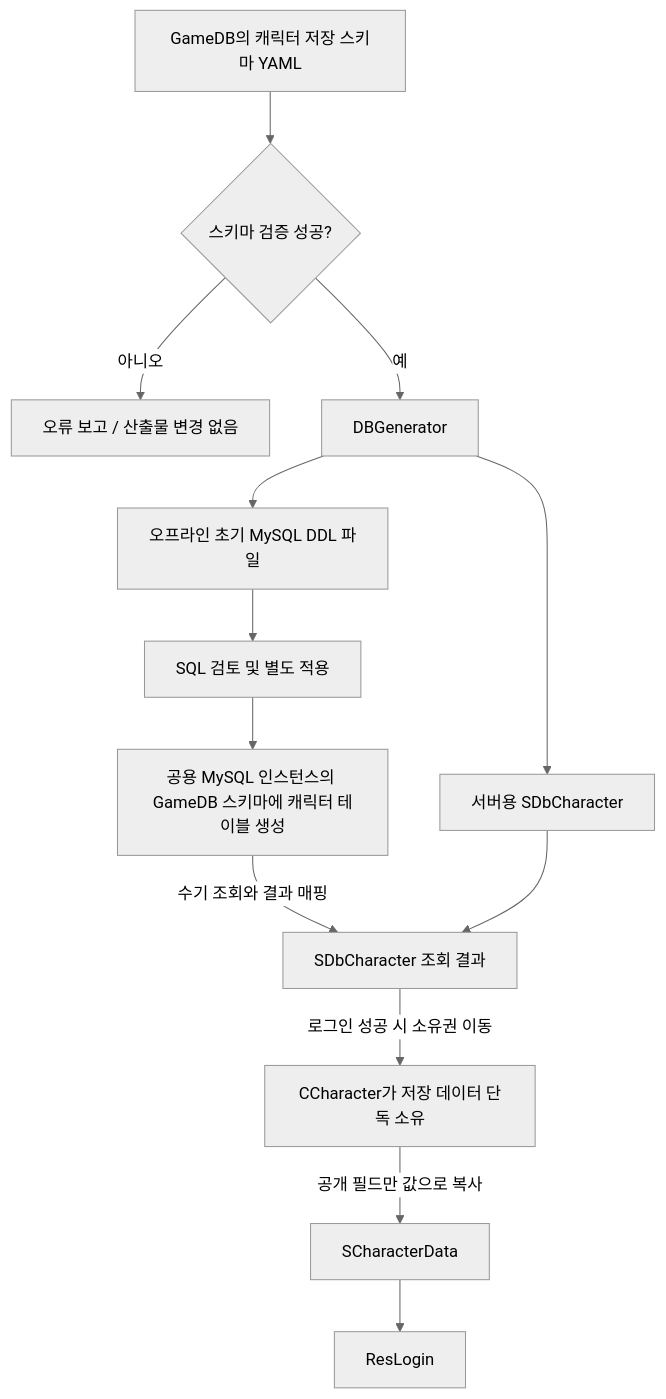
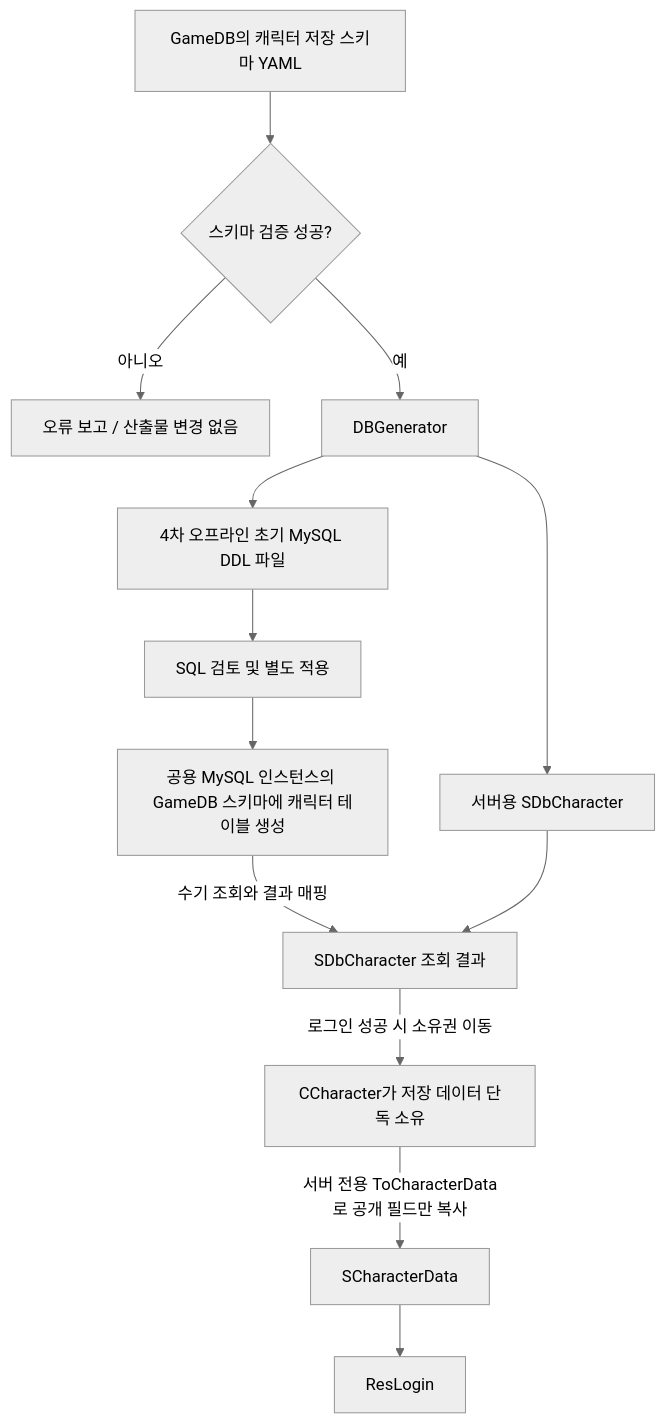
The first of 3 diagrams in 13_MMO_Project/Docs/Plan/Server/015_캐릭터_저장_구조와_DBGenerator_계획.md (MyungHyun-Ahn/Portfolio), drawn with Mermaid (neutral theme) before and after one commit. The commit also changed other lines of this file and 2 other files, not shown here.

````diff
--- a/13_MMO_Project/Docs/Plan/Server/015_캐릭터_저장_구조와_DBGenerator_계획.md
+++ b/13_MMO_Project/Docs/Plan/Server/015_캐릭터_저장_구조와_DBGenerator_계획.md
@@ -49,15 +59,15 @@
 ```mermaid
 flowchart TD
     Y[GameDB의 캐릭터 저장 스키마 YAML] --> V{스키마 검증 성공?}
     V -->|아니오| F[오류 보고 / 산출물 변경 없음]
     V -->|예| G[DBGenerator]
     G --> D[서버용 SDbCharacter]
-    G --> P[오프라인 초기 MySQL DDL 파일]
+    G --> P[4차 오프라인 초기 MySQL DDL 파일]
     P --> R[SQL 검토 및 별도 적용]
     R --> M[공용 MySQL 인스턴스의 GameDB 스키마에 캐릭터 테이블 생성]
     M -->|수기 조회와 결과 매핑| L[SDbCharacter 조회 결과]
     D --> L
     L -->|로그인 성공 시 소유권 이동| C[CCharacter가 저장 데이터 단독 소유]
-    C -->|공개 필드만 값으로 복사| S[SCharacterData]
+    C -->|서버 전용 ToCharacterData로 공개 필드만 복사| S[SCharacterData]
     S --> N[ResLogin]
 ```
````
